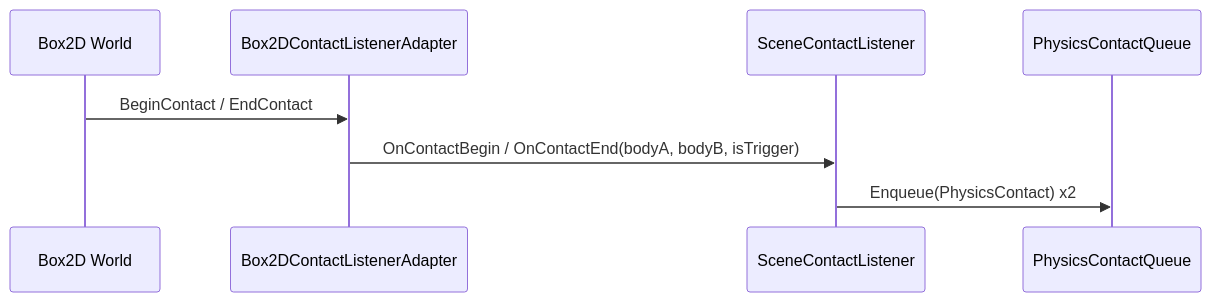
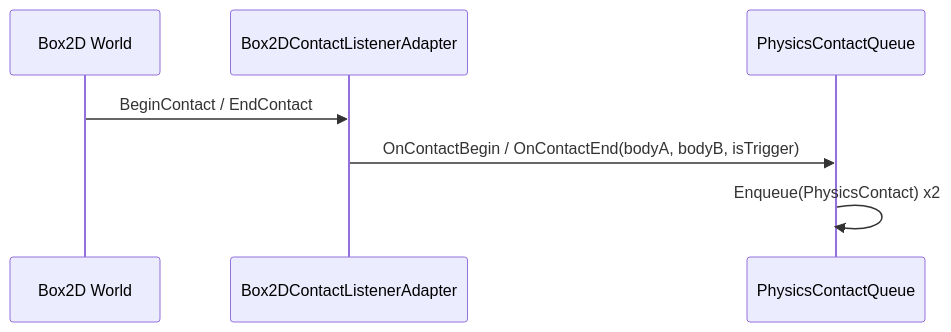
The fourth of 4 diagrams in docs/architecture/physics-system.md (kateusz/GameEngine), drawn with Mermaid before and after one commit. The commit also changed other lines of this file and 36 other files, not shown here.

````diff
--- a/docs/architecture/physics-system.md
+++ b/docs/architecture/physics-system.md
@@ -220,11 +209,10 @@
 ```mermaid
 sequenceDiagram
     participant W as Box2D World
     participant A as Box2DContactListenerAdapter
-    participant CL as SceneContactListener
     participant Q as PhysicsContactQueue
 
     W->>A: BeginContact / EndContact
-    A->>CL: OnContactBegin / OnContactEnd(bodyA, bodyB, isTrigger)
-    CL->>Q: Enqueue(PhysicsContact) x2
+    A->>Q: OnContactBegin / OnContactEnd(bodyA, bodyB, isTrigger)
+    Q->>Q: Enqueue(PhysicsContact) x2
 ```
````
